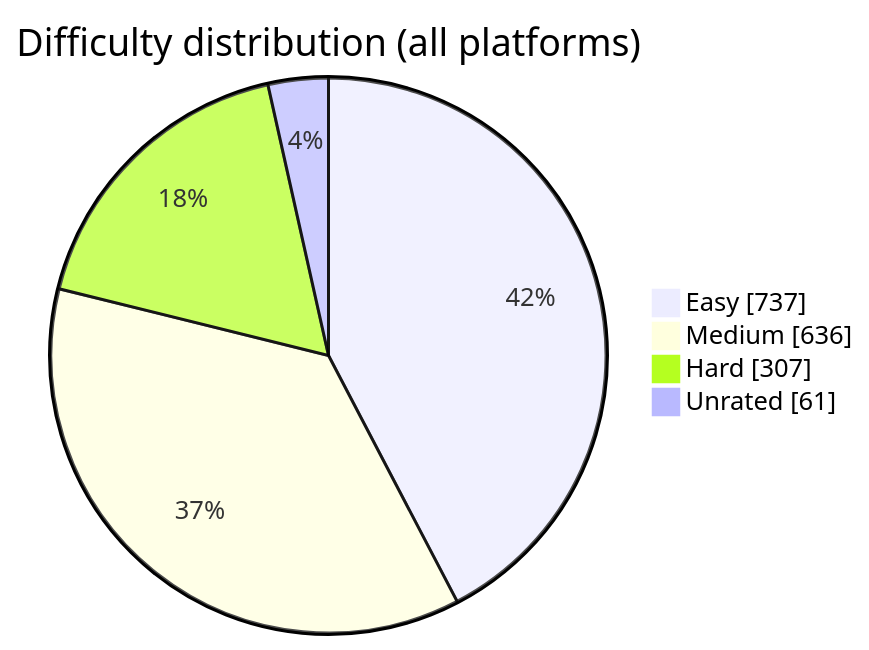
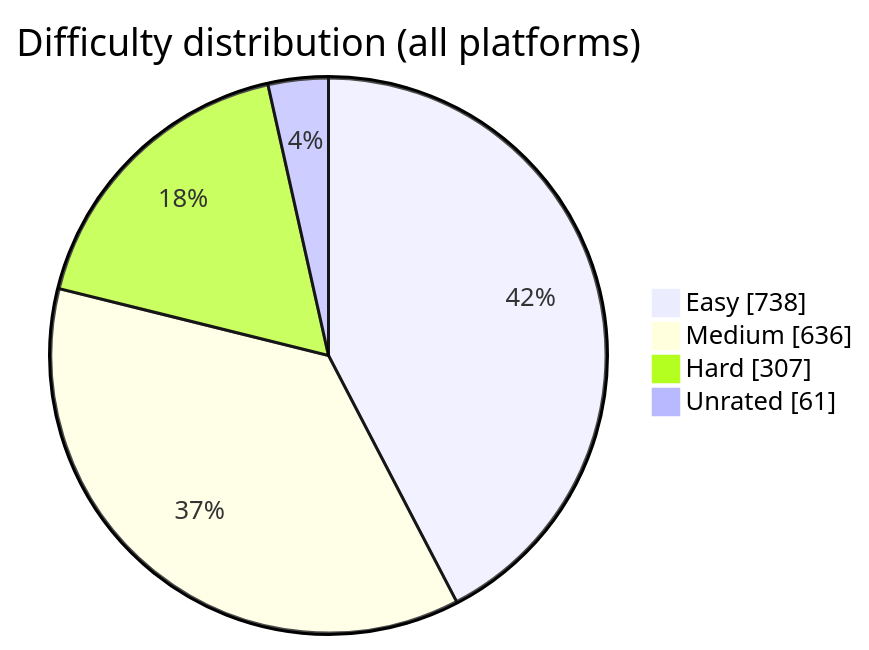
The diagram in README.md (BuildbyArindam/Daily-Coding-Log), drawn with Mermaid before and after one commit. The commit also changed other lines of this file, not shown here.

````diff
--- a/README.md
+++ b/README.md
@@ -93,7 +93,7 @@
 ```mermaid
 pie showData title Difficulty distribution (all platforms)
-    "Easy" : 737
+    "Easy" : 738
     "Medium" : 636
     "Hard" : 307
     "Unrated" : 61
 ```
````
